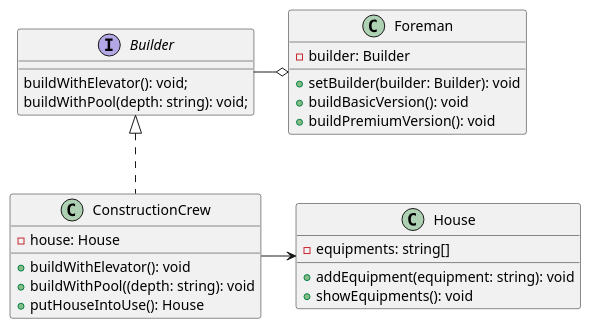
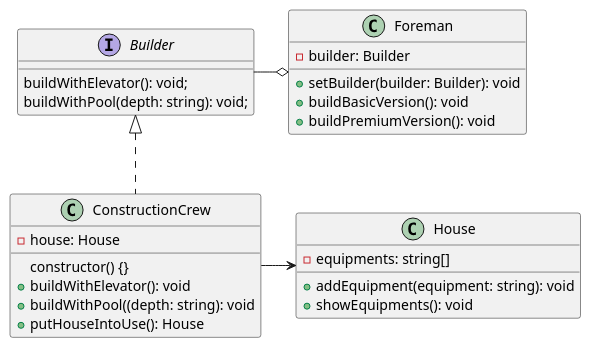
One commit to plkpiotr/design-patterns changed the diagram in src/app/creational/builder/builder.puml. Above: the diagram before and after it, drawn with PlantUML. The commit also changed 15 other files, not shown here.

```diff
--- a/src/app/creational/builder/builder.puml
+++ b/src/app/creational/builder/builder.puml
@@ -1,31 +1,32 @@
 @startuml
 
 interface Builder {
   buildWithElevator(): void;
   buildWithPool(depth: string): void;
 }
 
 class Foreman {
   - builder: Builder
   + setBuilder(builder: Builder): void
   + buildBasicVersion(): void
   + buildPremiumVersion(): void
 }
 
 class ConstructionCrew {
   - house: House
+    constructor() {}
   + buildWithElevator(): void
   + buildWithPool((depth: string): void
   + putHouseIntoUse(): House
 }
 
 class House {
   - equipments: string[]
   + addEquipment(equipment: string): void
   + showEquipments(): void
 }
 
 Builder -o Foreman
 Builder <|.. ConstructionCrew
 ConstructionCrew -> House
 @enduml
```
